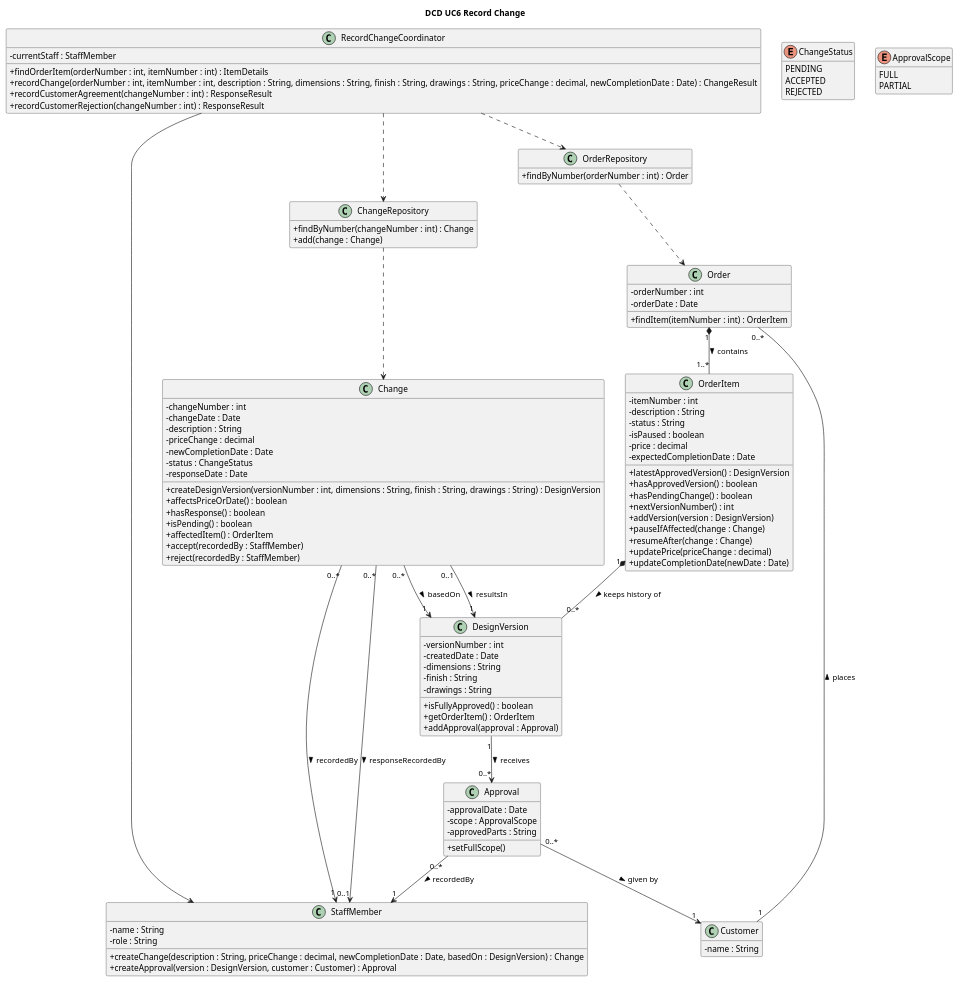
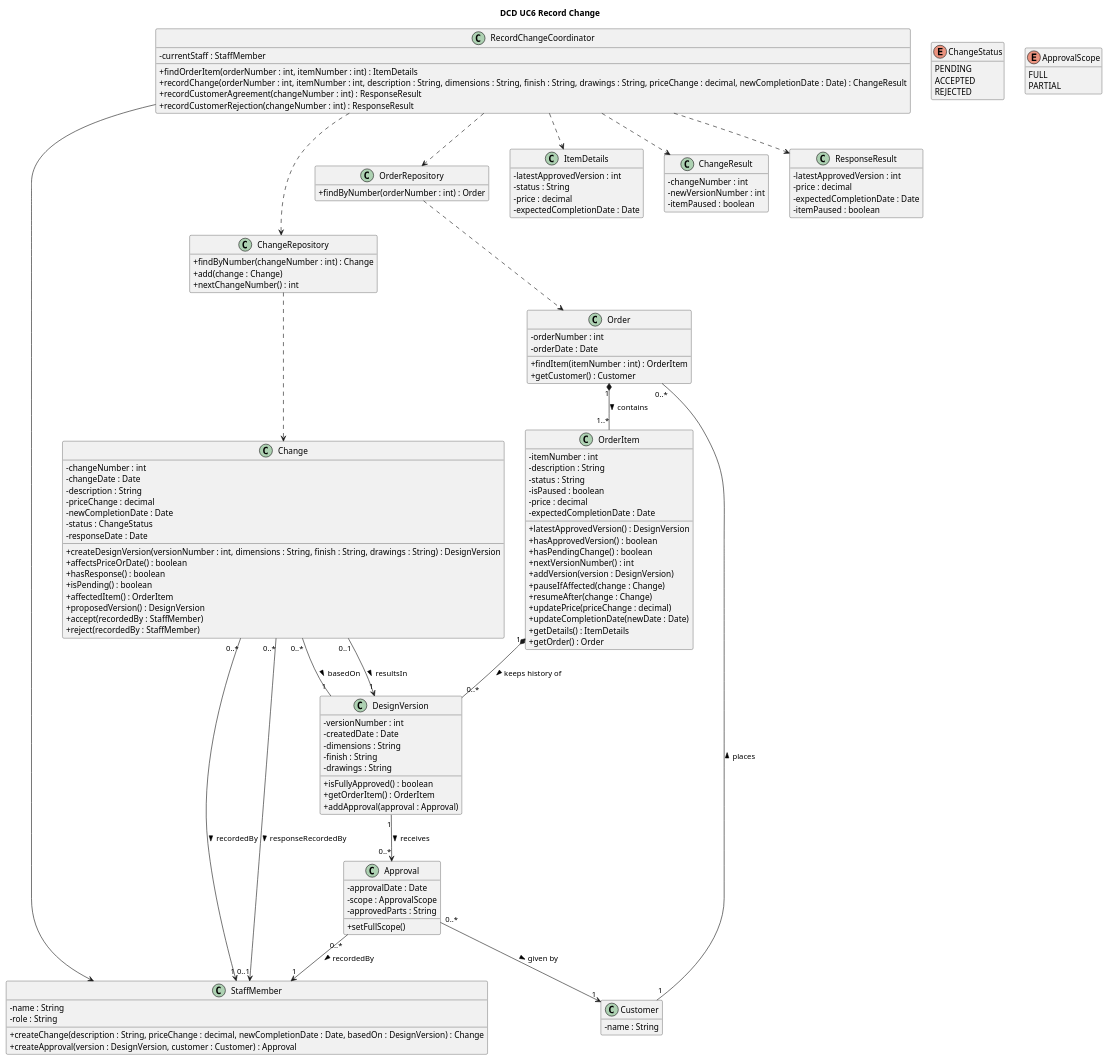
One commit to Ahmad-1031/OOAD_CA2 changed the diagram in dcd-uc6-record-change.puml. Above: the diagram before and after it, drawn with PlantUML. The commit also changed 3 other files, not shown here.

First line of the commit message:
Update DCD & add SD-01 findOrderItem

```diff
--- a/dcd-uc6-record-change.puml
+++ b/dcd-uc6-record-change.puml
@@ -1,122 +1,150 @@
 @startuml DCD-uc6-record-change
 title DCD UC6 Record Change
 hide empty members
 skinparam classAttributeIconSize 0
 
 class RecordChangeCoordinator {
   - currentStaff : StaffMember
   + findOrderItem(orderNumber : int, itemNumber : int) : ItemDetails
   + recordChange(orderNumber : int, itemNumber : int, description : String, dimensions : String, finish : String, drawings : String, priceChange : decimal, newCompletionDate : Date) : ChangeResult
   + recordCustomerAgreement(changeNumber : int) : ResponseResult
   + recordCustomerRejection(changeNumber : int) : ResponseResult
 }
 
 class OrderRepository {
   + findByNumber(orderNumber : int) : Order
 }
 
 class ChangeRepository {
   + findByNumber(changeNumber : int) : Change
   + add(change : Change)
+  + nextChangeNumber() : int
 }
 
 class Order {
   - orderNumber : int
   - orderDate : Date
   + findItem(itemNumber : int) : OrderItem
+  + getCustomer() : Customer
 }
 
 class OrderItem {
   - itemNumber : int
   - description : String
   - status : String
   - isPaused : boolean
   - price : decimal
   - expectedCompletionDate : Date
   + latestApprovedVersion() : DesignVersion
   + hasApprovedVersion() : boolean
   + hasPendingChange() : boolean
   + nextVersionNumber() : int
   + addVersion(version : DesignVersion)
   + pauseIfAffected(change : Change)
   + resumeAfter(change : Change)
   + updatePrice(priceChange : decimal)
   + updateCompletionDate(newDate : Date)
+  + getDetails() : ItemDetails
+  + getOrder() : Order
 }
 
 class DesignVersion {
   - versionNumber : int
   - createdDate : Date
   - dimensions : String
   - finish : String
   - drawings : String
   + isFullyApproved() : boolean
   + getOrderItem() : OrderItem
   + addApproval(approval : Approval)
 }
 
 class Change {
   - changeNumber : int
   - changeDate : Date
   - description : String
   - priceChange : decimal
   - newCompletionDate : Date
   - status : ChangeStatus
   - responseDate : Date
   + createDesignVersion(versionNumber : int, dimensions : String, finish : String, drawings : String) : DesignVersion
   + affectsPriceOrDate() : boolean
   + hasResponse() : boolean
   + isPending() : boolean
   + affectedItem() : OrderItem
+  + proposedVersion() : DesignVersion
   + accept(recordedBy : StaffMember)
   + reject(recordedBy : StaffMember)
 }
 
 class Approval {
   - approvalDate : Date
   - scope : ApprovalScope
   - approvedParts : String
   + setFullScope()
 }
 
 class StaffMember {
   - name : String
   - role : String
   + createChange(description : String, priceChange : decimal, newCompletionDate : Date, basedOn : DesignVersion) : Change
   + createApproval(version : DesignVersion, customer : Customer) : Approval
 }
 
 class Customer {
   - name : String
 }
 
+class ItemDetails {
+  - latestApprovedVersion : int
+  - status : String
+  - price : decimal
+  - expectedCompletionDate : Date
+}
+
+class ChangeResult {
+  - changeNumber : int
+  - newVersionNumber : int
+  - itemPaused : boolean
+}
+
+class ResponseResult {
+  - latestApprovedVersion : int
+  - price : decimal
+  - expectedCompletionDate : Date
+  - itemPaused : boolean
+}
+
 enum ChangeStatus {
   PENDING
   ACCEPTED
   REJECTED
 }
 
 enum ApprovalScope {
   FULL
   PARTIAL
 }
 
 RecordChangeCoordinator ..> OrderRepository
 RecordChangeCoordinator ..> ChangeRepository
 RecordChangeCoordinator --> StaffMember
+RecordChangeCoordinator ..> ItemDetails
+RecordChangeCoordinator ..> ChangeResult
+RecordChangeCoordinator ..> ResponseResult
 
 OrderRepository ..> Order
 ChangeRepository ..> Change
 
 Customer "1" -- "0..*" Order : places >
 Order "1" *-- "1..*" OrderItem : contains >
 OrderItem "1" *-- "0..*" DesignVersion : keeps history of >
 DesignVersion "1" --> "0..*" Approval : receives >
 Approval "0..*" --> "1" Customer : given by >
 Approval "0..*" --> "1" StaffMember : recordedBy >
-Change "0..*" --> "1" DesignVersion : basedOn >
+Change "0..*" -- "1" DesignVersion : basedOn >
 Change "0..1" --> "1" DesignVersion : resultsIn >
 Change "0..*" --> "1" StaffMember : recordedBy >
 Change "0..*" --> "0..1" StaffMember : responseRecordedBy >
 
 @enduml
```
